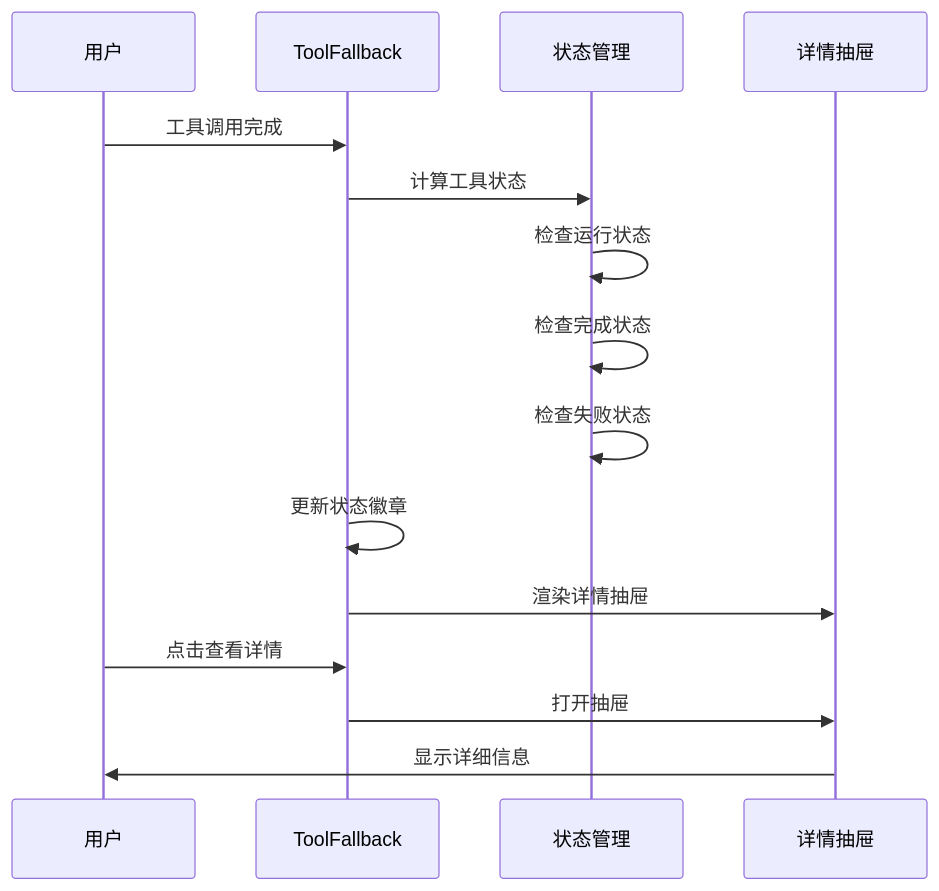
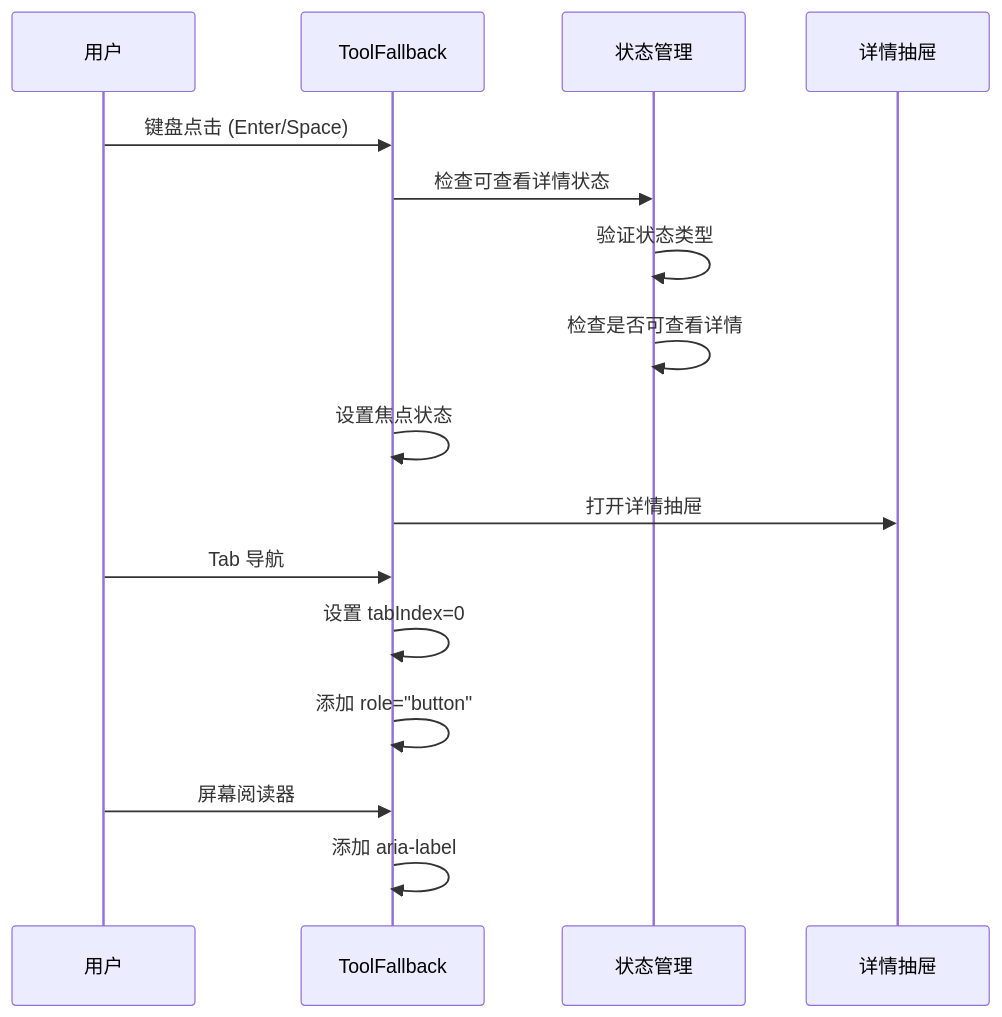
One commit to verse-ai-org/openclaw changed the sixth of 10 diagrams in .qoder/repowiki/zh/content/Web界面/UI组件系统/工具调用分组组件.md. Above: the diagram before and after it, drawn with Mermaid. The commit also changed other lines of this file and 55 other files, not shown here.

````diff
--- a/.qoder/repowiki/zh/content/Web界面/UI组件系统/工具调用分组组件.md
+++ b/.qoder/repowiki/zh/content/Web界面/UI组件系统/工具调用分组组件.md
@@ -292,17 +318,18 @@
 ```mermaid
 sequenceDiagram
 participant U as 用户
 participant TF as ToolFallback
 participant SD as 状态管理
 participant DD as 详情抽屉
-U->>TF : 工具调用完成
-TF->>SD : 计算工具状态
-SD->>SD : 检查运行状态
-SD->>SD : 检查完成状态
-SD->>SD : 检查失败状态
-TF->>TF : 更新状态徽章
-TF->>DD : 渲染详情抽屉
-U->>TF : 点击查看详情
-TF->>DD : 打开抽屉
-DD->>U : 显示详细信息
+U->>TF : 键盘点击 (Enter/Space)
+TF->>SD : 检查可查看详情状态
+SD->>SD : 验证状态类型
+SD->>SD : 检查是否可查看详情
+TF->>TF : 设置焦点状态
+TF->>DD : 打开详情抽屉
+U->>TF : Tab 导航
+TF->>TF : 设置 tabIndex=0
+TF->>TF : 添加 role="button"
+U->>TF : 屏幕阅读器
+TF->>TF : 添加 aria-label
 ```
````
